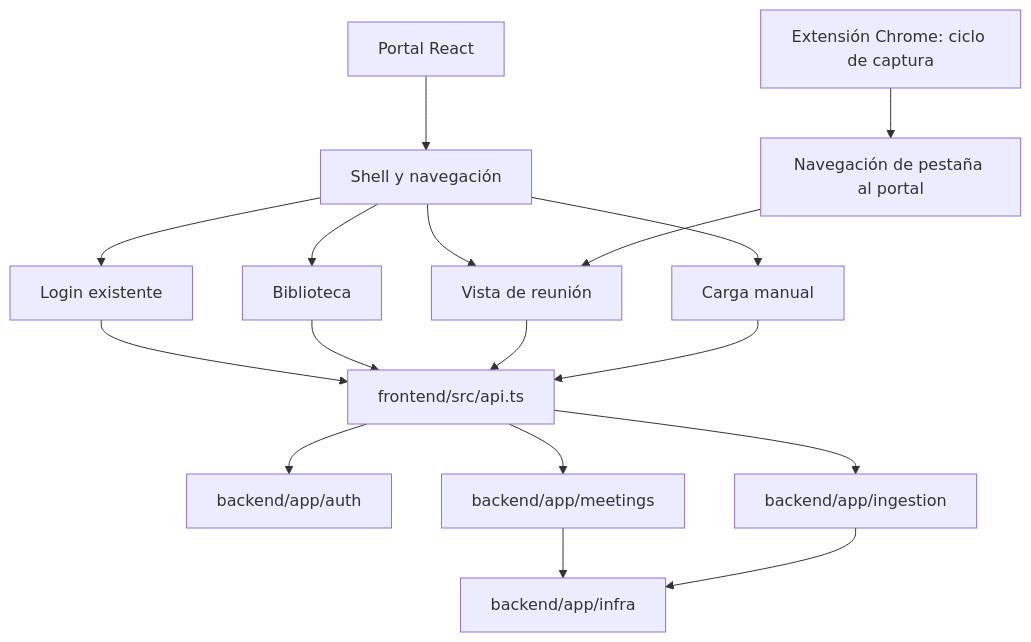
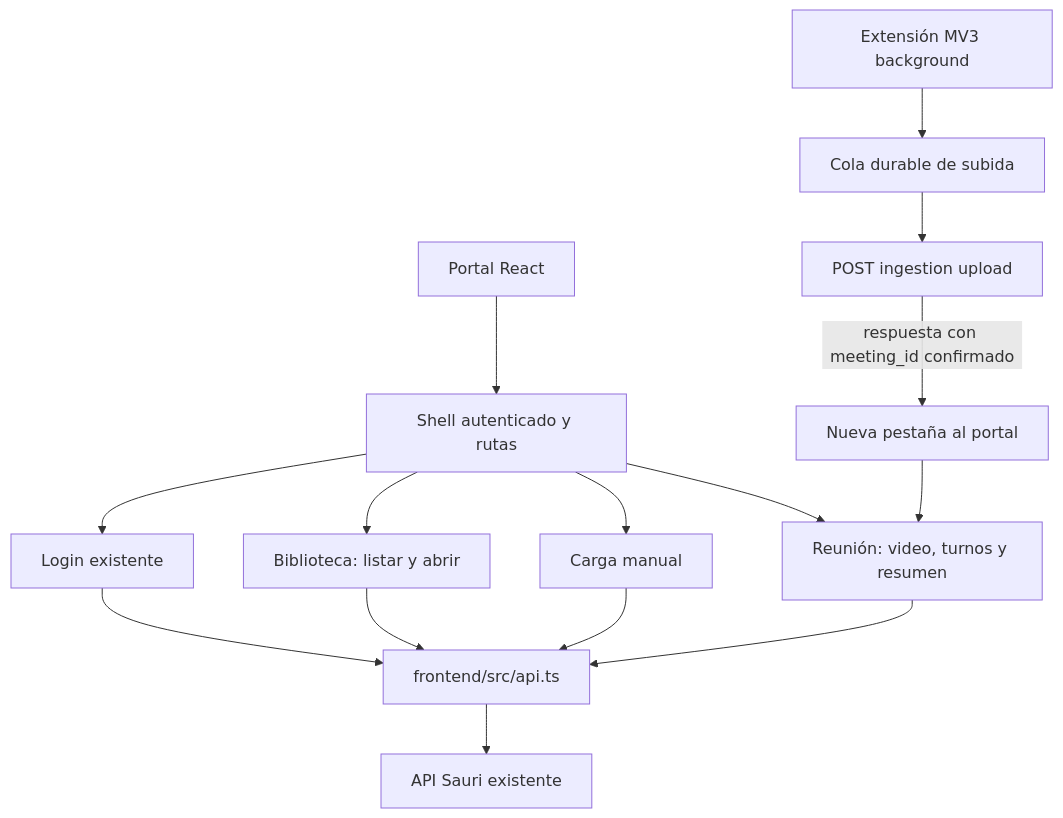
One commit to lufermalgo/sauri changed the first of 2 diagrams in .spectra/specs/portal-visual-design/design.md. Above: the diagram before and after it, drawn with Mermaid. The commit also changed other lines of this file, not shown here.

Commit message:
docs(spec): narrow portal design and define capture recovery

````diff
--- a/.spectra/specs/portal-visual-design/design.md
+++ b/.spectra/specs/portal-visual-design/design.md
@@ -36,19 +33,17 @@
 ```mermaid
 graph TD
-  Browser[Portal React] --> Shell[Shell y navegación]
+  Browser[Portal React] --> Shell[Shell autenticado y rutas]
   Shell --> Login[Login existente]
-  Shell --> Library[Biblioteca]
-  Shell --> Meeting[Vista de reunión]
+  Shell --> Library[Biblioteca: listar y abrir]
   Shell --> Upload[Carga manual]
+  Shell --> Meeting[Reunión: video, turnos y resumen]
   Login --> Api[frontend/src/api.ts]
   Library --> Api
+  Upload --> Api
   Meeting --> Api
-  Upload --> Api
-  Api --> Auth[backend/app/auth]
-  Api --> Meetings[backend/app/meetings]
-  Api --> Ingestion[backend/app/ingestion]
-  Meetings --> Infra[backend/app/infra]
-  Ingestion --> Infra
-  Capture[Extensión Chrome: ciclo de captura] --> Navigate[Navegación de pestaña al portal]
+  Api --> Backend[API Sauri existente]
+  Capture[Extensión MV3 background] --> Queue[Cola durable de subida]
+  Queue --> Ingestion[POST ingestion upload]
+  Ingestion -->|respuesta con meeting_id confirmado| Navigate[Nueva pestaña al portal]
   Navigate --> Meeting
 ```
````
